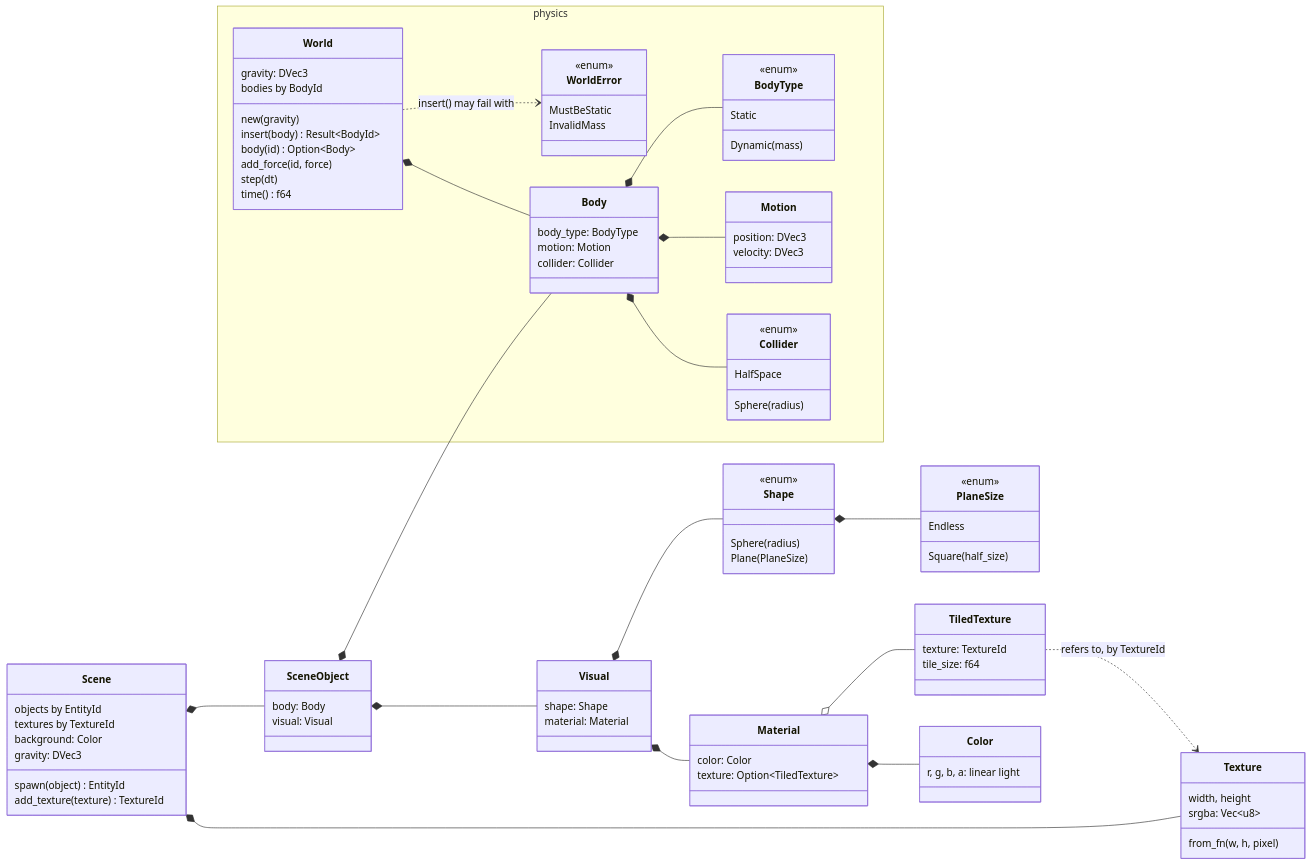
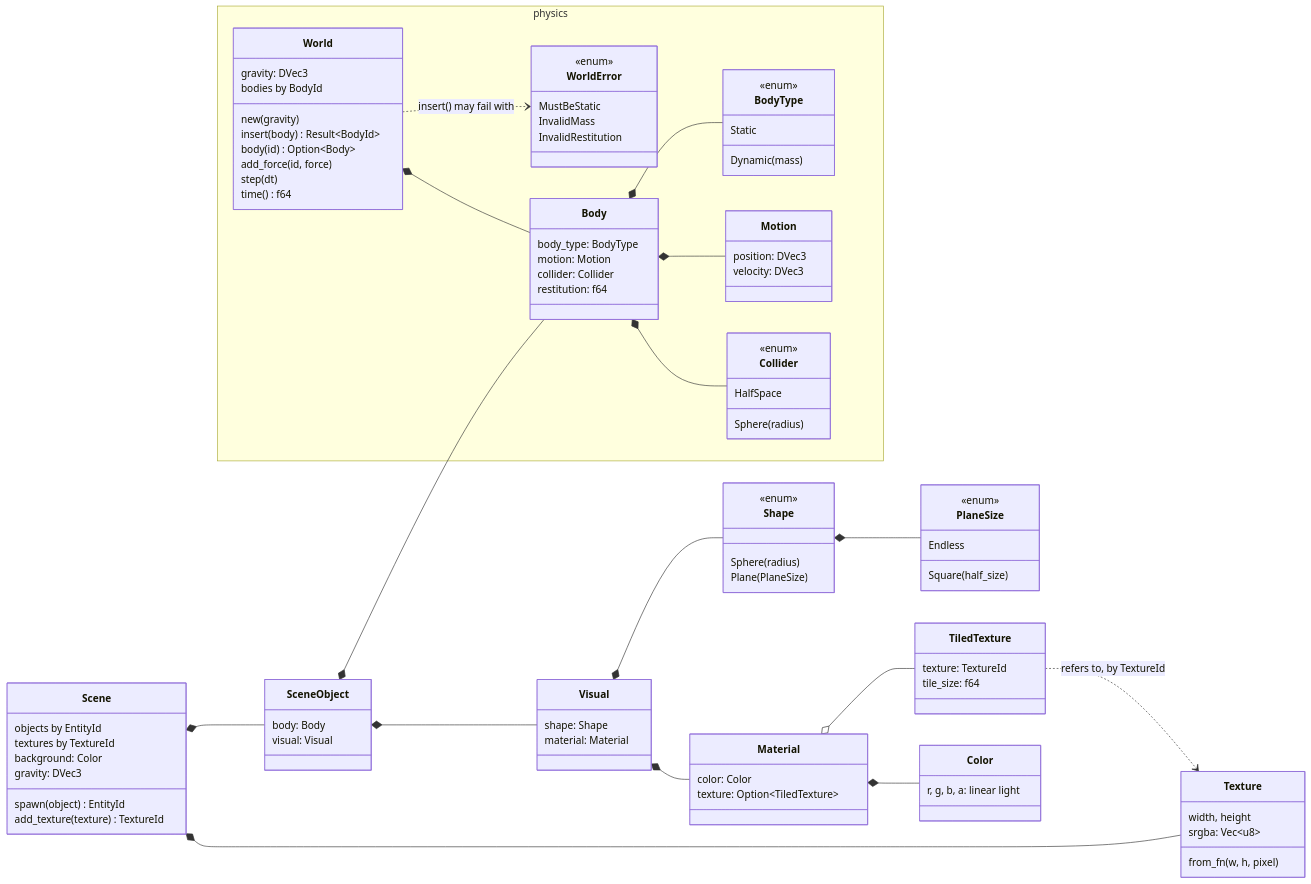
One commit to fterrier/flightsim changed the third of 6 diagrams in ARCHITECTURE.md. Above: the diagram before and after it, drawn with Mermaid. The commit also changed other lines of this file and 8 other files, not shown here.

```diff
--- a/ARCHITECTURE.md
+++ b/ARCHITECTURE.md
@@ -133,11 +133,13 @@
             <<enum>>
             MustBeStatic
             InvalidMass
+            InvalidRestitution
         }
         class Body {
             body_type: BodyType
             motion: Motion
             collider: Collider
+            restitution: f64
         }
         class BodyType {
             <<enum>>
```
